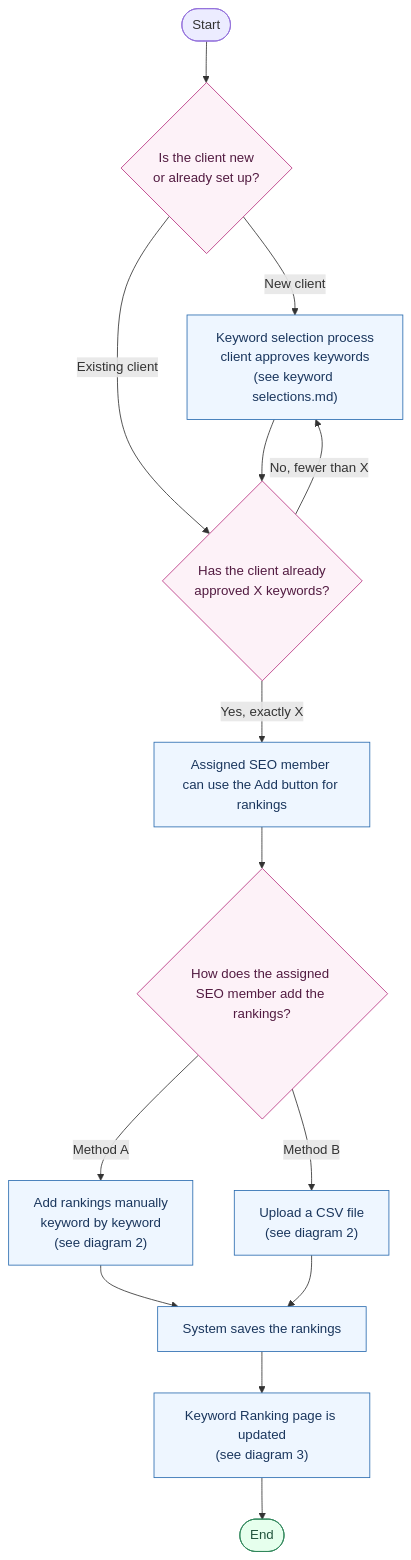
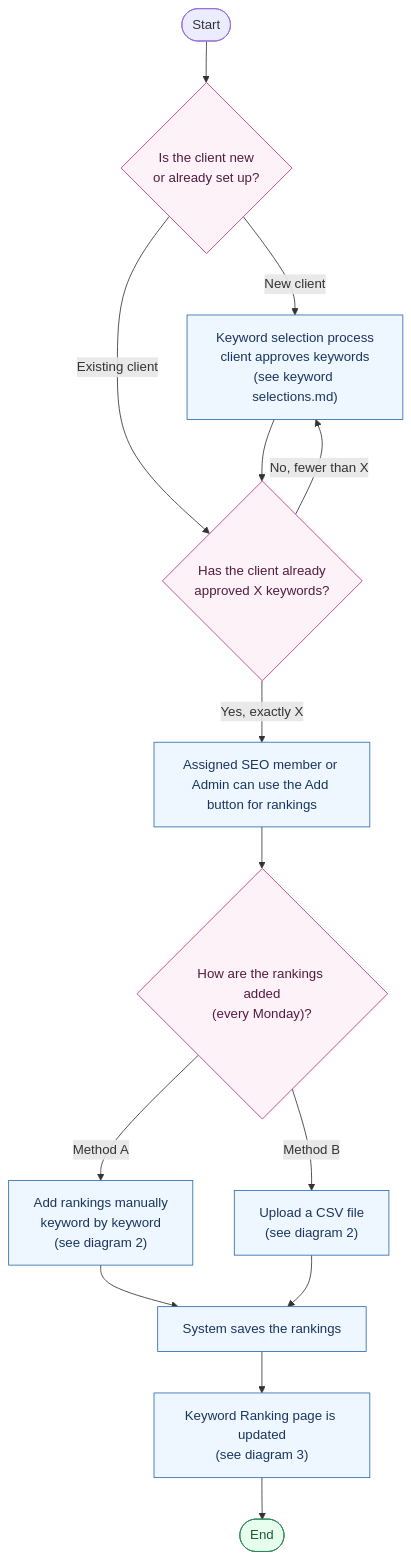
The first of 3 diagrams in demo/keywords ranking flow.md (RishabhRoy12/dais-documentation), drawn with Mermaid before and after one commit. The commit also changed other lines of this file, not shown here.

Commit message:
updating the keyword ranking flow file

````diff
--- a/demo/keywords ranking flow.md
+++ b/demo/keywords ranking flow.md
@@ -15,27 +15,27 @@
 ```mermaid
 flowchart TD
     START([Start]) --> Q1{"Is the client new<br/>or already set up?"}
 
     Q1 -->|"New client"| KS["Keyword selection process<br/>client approves keywords<br/>(see keyword selections.md)"]
     Q1 -->|"Existing client"| CHK{"Has the client already<br/>approved X keywords?"}
 
     KS --> CHK
     CHK -->|"No, fewer than X"| KS
-    CHK -->|"Yes, exactly X"| ADD["Assigned SEO member can use the Add button for rankings"]
+    CHK -->|"Yes, exactly X"| ADD["Assigned SEO member or Admin can use the Add button for rankings"]
 
-    ADD --> M{"How does the assigned SEO member add the rankings?"}
+    ADD --> M{"How are the rankings added<br/>(every Monday)?"}
     M -->|"Method A"| MA["Add rankings manually<br/>keyword by keyword<br/>(see diagram 2)"]
     M -->|"Method B"| MB["Upload a CSV file<br/>(see diagram 2)"]
 
     MA --> SAVE["System saves the rankings"]
     MB --> SAVE
     SAVE --> UPD["Keyword Ranking page is updated<br/>(see diagram 3)"]
     UPD --> END([End])
 
     classDef stage fill:#eef6ff,stroke:#2b6cb0,color:#1a365d
     classDef decision fill:#fdf2f8,stroke:#b83280,color:#521b41
     classDef done fill:#e6ffed,stroke:#2f855a,color:#22543d
     class KS,ADD,MA,MB,SAVE,UPD stage
     class Q1,CHK,M decision
     class END done
 ```
````
